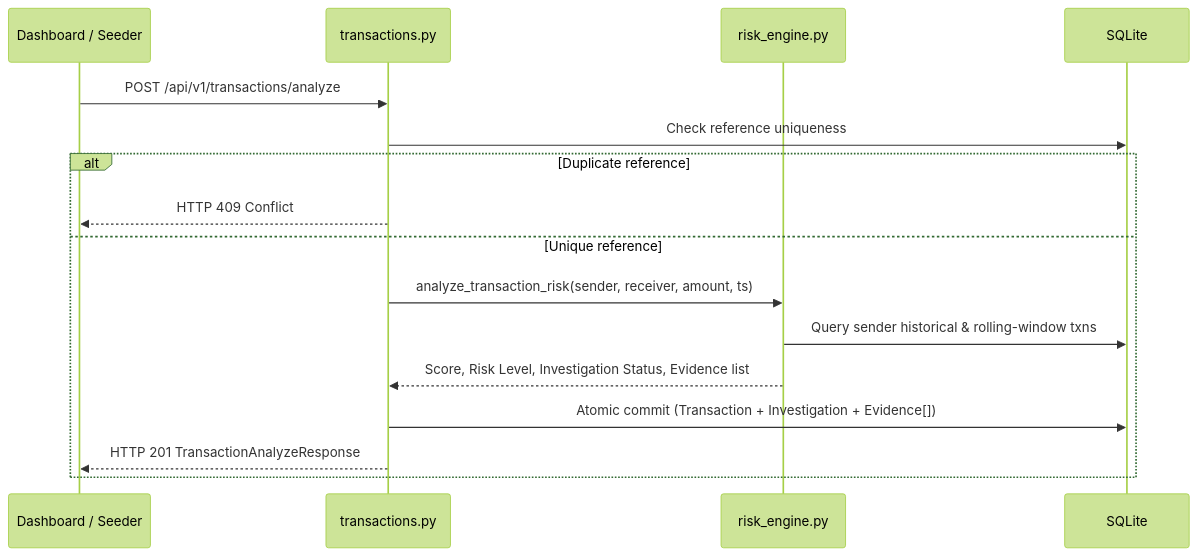
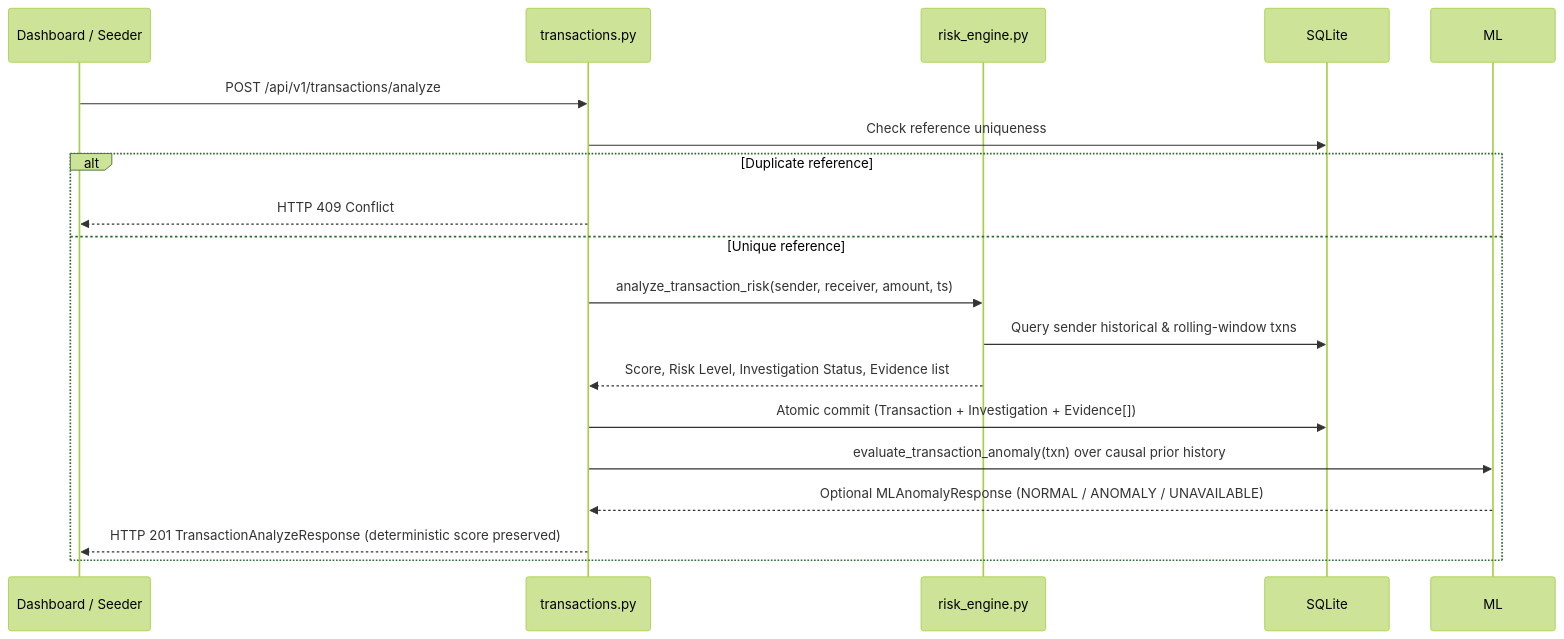
One commit to dubeyayush270-coder/FraudTrace-AI changed the second of 2 diagrams in docs/architecture.md. Above: the diagram before and after it, drawn with Mermaid (forest theme). The commit also changed other lines of this file and 19 other files, not shown here.

````diff
--- a/docs/architecture.md
+++ b/docs/architecture.md
@@ -60,19 +73,21 @@
 ```mermaid
 sequenceDiagram
     participant Client as Dashboard / Seeder
     participant Route as transactions.py
     participant Engine as risk_engine.py
     participant DB as SQLite
 
     Client->>Route: POST /api/v1/transactions/analyze
     Route->>DB: Check reference uniqueness
     alt Duplicate reference
         Route-->>Client: HTTP 409 Conflict
     else Unique reference
         Route->>Engine: analyze_transaction_risk(sender, receiver, amount, ts)
         Engine->>DB: Query sender historical & rolling-window txns
         Engine-->>Route: Score, Risk Level, Investigation Status, Evidence list
         Route->>DB: Atomic commit (Transaction + Investigation + Evidence[])
-        Route-->>Client: HTTP 201 TransactionAnalyzeResponse
+        Route->>ML: evaluate_transaction_anomaly(txn) over causal prior history
+        ML-->>Route: Optional MLAnomalyResponse (NORMAL / ANOMALY / UNAVAILABLE)
+        Route-->>Client: HTTP 201 TransactionAnalyzeResponse (deterministic score preserved)
     end
 ```
````
